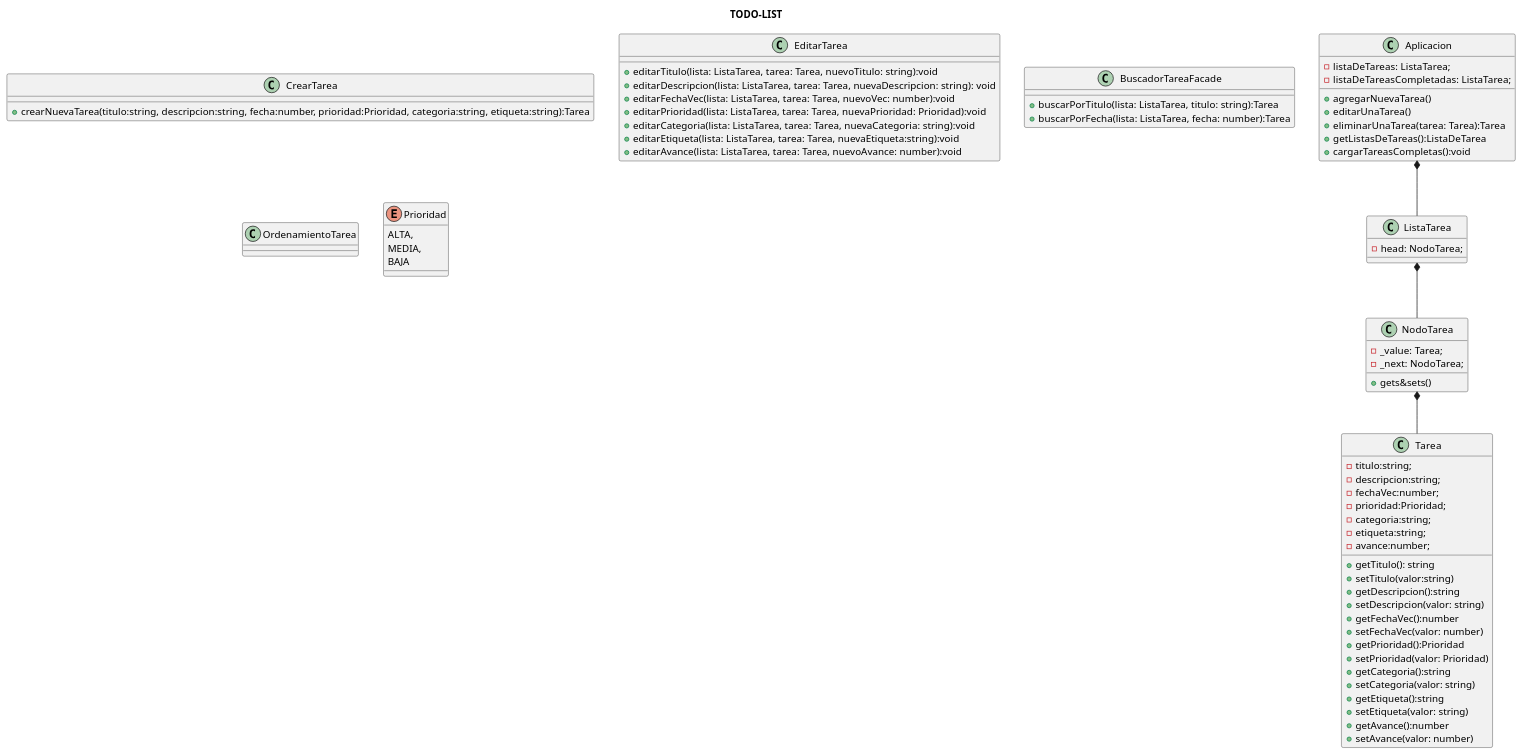
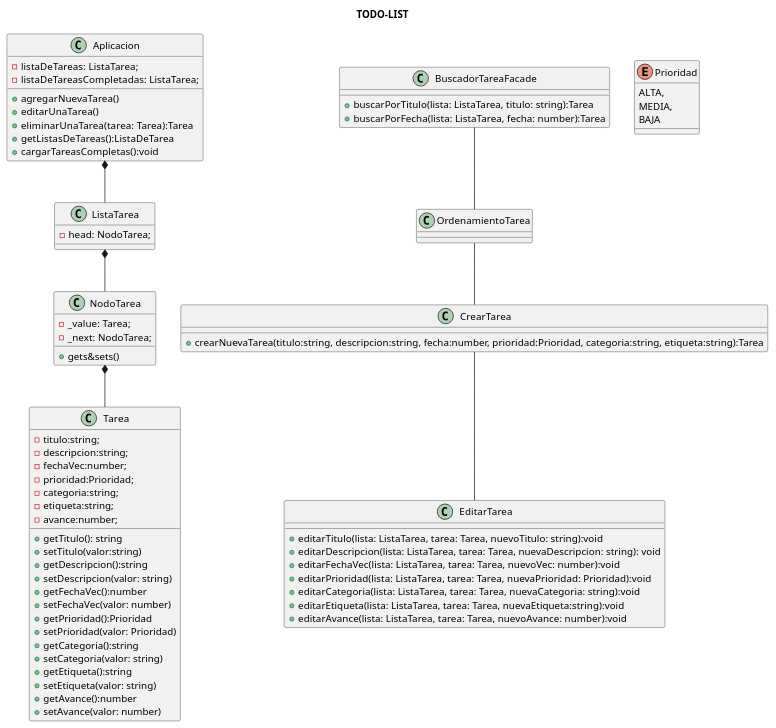
The diagram in Diagram/Diagrama2.puml (LucasFrey-tech/TODO-LIST), drawn with PlantUML before and after one commit. The commit also changed 9 other files, not shown here.

```diff
--- a/Diagram/Diagrama2.puml
+++ b/Diagram/Diagrama2.puml
@@ -1,90 +1,93 @@
 @startuml DiagramaClases
 
 title TODO-LIST
 
 class Aplicacion{
     - listaDeTareas: ListaTarea;
     - listaDeTareasCompletadas: ListaTarea;
     
     + agregarNuevaTarea()
     + editarUnaTarea()
     + eliminarUnaTarea(tarea: Tarea):Tarea
     + getListasDeTareas():ListaDeTarea
     + cargarTareasCompletas():void
 }
 
 class Tarea{
     - titulo:string;
     - descripcion:string;
     - fechaVec:number;
     - prioridad:Prioridad;
     - categoria:string;
     - etiqueta:string;
     - avance:number;
 
     + getTitulo(): string
     + setTitulo(valor:string)
     + getDescripcion():string
     + setDescripcion(valor: string)
     + getFechaVec():number
     + setFechaVec(valor: number)
     + getPrioridad():Prioridad
     + setPrioridad(valor: Prioridad)
     + getCategoria():string
     + setCategoria(valor: string)
     + getEtiqueta():string
     + setEtiqueta(valor: string)
     + getAvance():number
     + setAvance(valor: number)
 }
 
 class NodoTarea{
     - _value: Tarea;
     - _next: NodoTarea;
 
     + gets&sets()
 }
 
 class ListaTarea{
     - head: NodoTarea;
 }
 
 class CrearTarea{
     + crearNuevaTarea(titulo:string, descripcion:string, fecha:number, prioridad:Prioridad, categoria:string, etiqueta:string):Tarea
 }
 
 class EditarTarea{
     + editarTitulo(lista: ListaTarea, tarea: Tarea, nuevoTitulo: string):void
     + editarDescripcion(lista: ListaTarea, tarea: Tarea, nuevaDescripcion: string): void
     + editarFechaVec(lista: ListaTarea, tarea: Tarea, nuevoVec: number):void
     + editarPrioridad(lista: ListaTarea, tarea: Tarea, nuevaPrioridad: Prioridad):void
     + editarCategoria(lista: ListaTarea, tarea: Tarea, nuevaCategoria: string):void
     + editarEtiqueta(lista: ListaTarea, tarea: Tarea, nuevaEtiqueta:string):void
     + editarAvance(lista: ListaTarea, tarea: Tarea, nuevoAvance: number):void
 }
 
 class BuscadorTareaFacade{
     + buscarPorTitulo(lista: ListaTarea, titulo: string):Tarea
     + buscarPorFecha(lista: ListaTarea, fecha: number):Tarea
 }
 
 
 class OrdenamientoTarea{
 
 }
 
 
 
 enum Prioridad{
     ALTA,
     MEDIA,
     BAJA
 }
 
 'relaciones
 Aplicacion *-- ListaTarea
 
 ListaTarea *-- NodoTarea
 NodoTarea *-- Tarea
 
+BuscadorTareaFacade--OrdenamientoTarea
+OrdenamientoTarea--CrearTarea
+CrearTarea--EditarTarea
 @enduml
```
